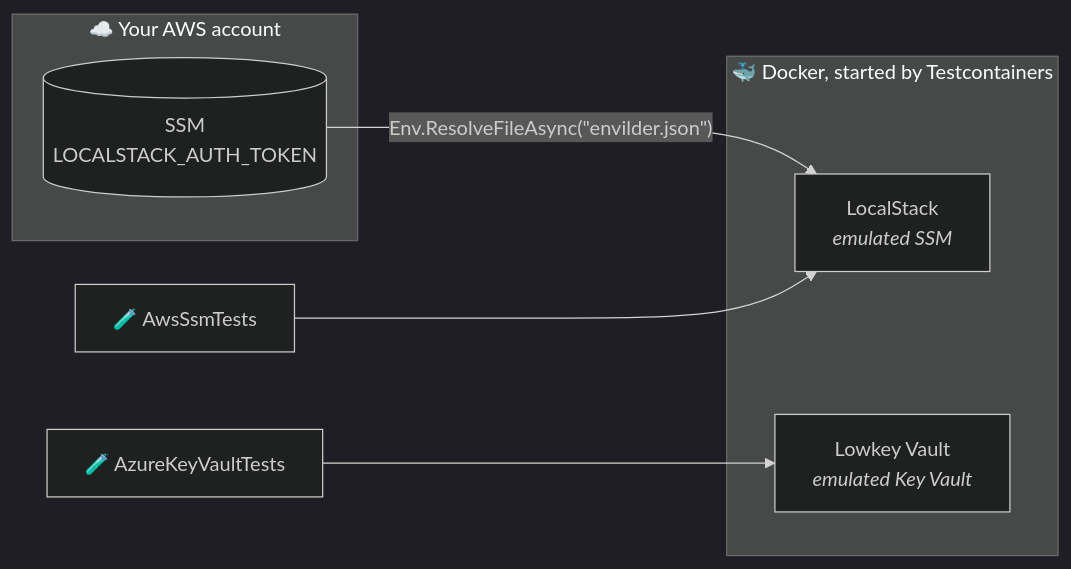
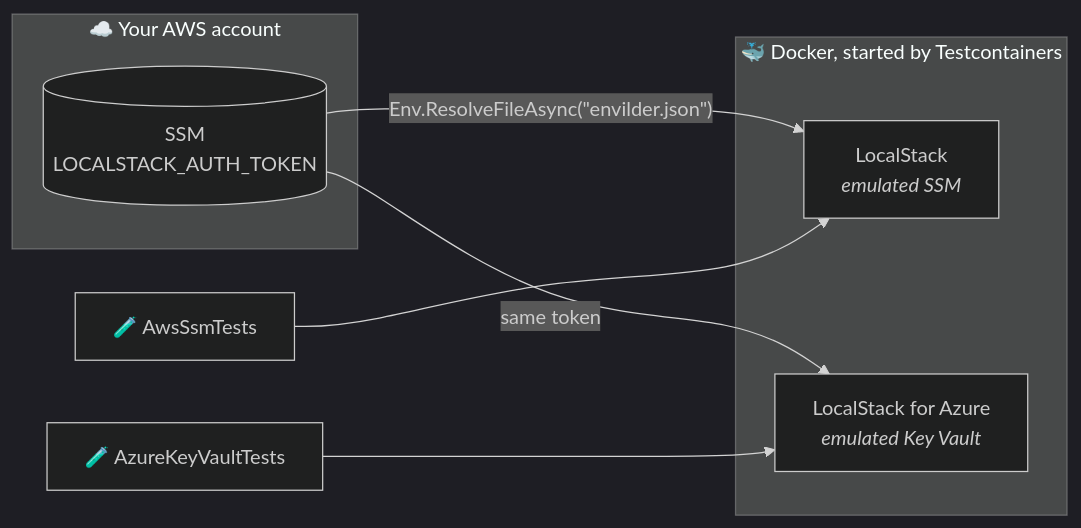
One commit to macalbert/envilder-examples changed the diagram in dotnet-testcontainers/README.md. Above: the diagram before and after it, drawn with Mermaid (dark theme). The commit also changed other lines of this file and 22 other files, not shown here.

Commit message:
test: replace Lowkey Vault with LocalStack for Azure in every example

````diff
--- a/dotnet-testcontainers/README.md
+++ b/dotnet-testcontainers/README.md
@@ -13,15 +13,16 @@
 ```mermaid
 flowchart LR
     subgraph cloud["☁️ Your AWS account"]
         token[("SSM<br/>LOCALSTACK_AUTH_TOKEN")]
     end
 
     subgraph docker["🐳 Docker, started by Testcontainers"]
         localstack["LocalStack<br/><i>emulated SSM</i>"]
-        lowkey["Lowkey Vault<br/><i>emulated Key Vault</i>"]
+        localstackAzure["LocalStack for Azure<br/><i>emulated Key Vault</i>"]
     end
 
     token -- "Env.ResolveFileAsync(#quot;envilder.json#quot;)" --> localstack
+    token -- "same token" --> localstackAzure
     aws["🧪 AwsSsmTests"] --> localstack
-    azure["🧪 AzureKeyVaultTests"] --> lowkey
+    azure["🧪 AzureKeyVaultTests"] --> localstackAzure
 ```
````
